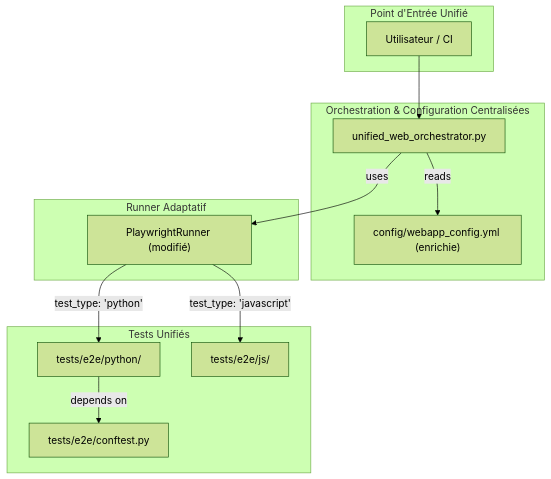
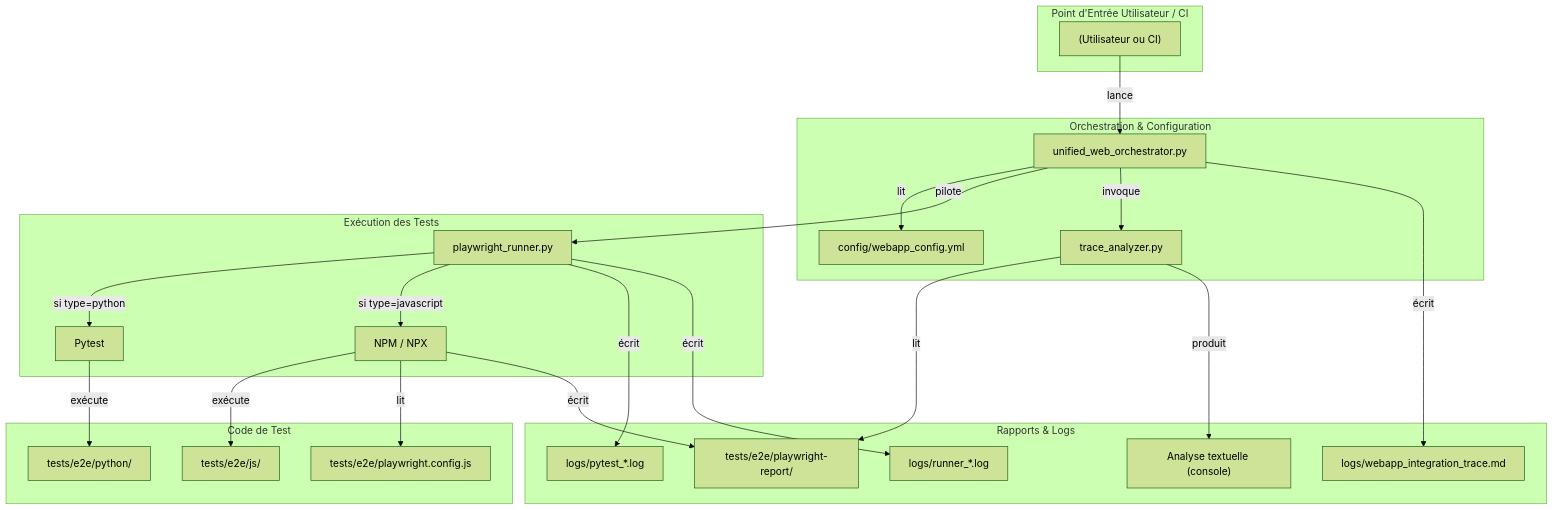
One commit to jsboigeEpita/2025-Epita-Intelligence-Symbolique changed the diagram in docs/ARCHITECTURE_TESTS_E2E.md. Above: the diagram before and after it, drawn with Mermaid (forest theme). The commit also changed other lines of this file and 4 other files, not shown here.

First line of the commit message:
feat(e2e): Refactor test architecture for unified E2E workflow

````diff
--- a/docs/ARCHITECTURE_TESTS_E2E.md
+++ b/docs/ARCHITECTURE_TESTS_E2E.md
@@ -66,30 +9,50 @@
 ```mermaid
 flowchart TD
-    subgraph "Point d'Entrée Unifié"
-        U["Utilisateur / CI"]
+    subgraph "Point d'Entrée Utilisateur / CI"
+        U["(Utilisateur ou CI)"]
     end
 
-    subgraph "Orchestration & Configuration Centralisées"
+    subgraph "Orchestration & Configuration"
         O["unified_web_orchestrator.py"]
-        C["config/webapp_config.yml (enrichie)"]
+        C["config/webapp_config.yml"]
+        TA["trace_analyzer.py"]
     end
 
-    subgraph "Runner Adaptatif"
-        R["PlaywrightRunner (modifié)"]
+    subgraph "Exécution des Tests"
+        R["playwright_runner.py"]
+        P_PY["Pytest"]
+        P_JS["NPM / NPX"]
     end
 
-    subgraph "Tests Unifiés"
+    subgraph "Code de Test"
         T_PY["tests/e2e/python/"]
         T_JS["tests/e2e/js/"]
-        CONF["tests/e2e/conftest.py"]
+        CONF_JS["tests/e2e/playwright.config.js"]
+    end
+    
+    subgraph "Rapports & Logs"
+        LOG_MD["logs/webapp_integration_trace.md"]
+        LOG_PY["logs/pytest_*.log"]
+        LOG_JS["logs/runner_*.log"]
+        REPORT_HTML["tests/e2e/playwright-report/"]
+        REPORT_TRACE["Analyse textuelle (console)"]
     end
 
-    U --> O
-    O -- reads --> C
-    O -- uses --> R
+    U -- lance --> O
+    O -- lit --> C
+    O -- pilote --> R
+    O -- invoque --> TA
 
-    R -- "test_type: 'python'" --> T_PY
-    R -- "test_type: 'javascript'" --> T_JS
-    
-    T_PY -- depends on --> CONF
+    R -- si type=python --> P_PY
+    R -- si type=javascript --> P_JS
+
+    P_PY -- exécute --> T_PY
+    P_JS -- exécute --> T_JS
+    P_JS -- lit --> CONF_JS
+
+    O -- écrit --> LOG_MD
+    R -- écrit --> LOG_PY & LOG_JS
+    P_JS -- écrit --> REPORT_HTML
+    TA -- lit --> REPORT_HTML
+    TA -- produit --> REPORT_TRACE
 ```
````
